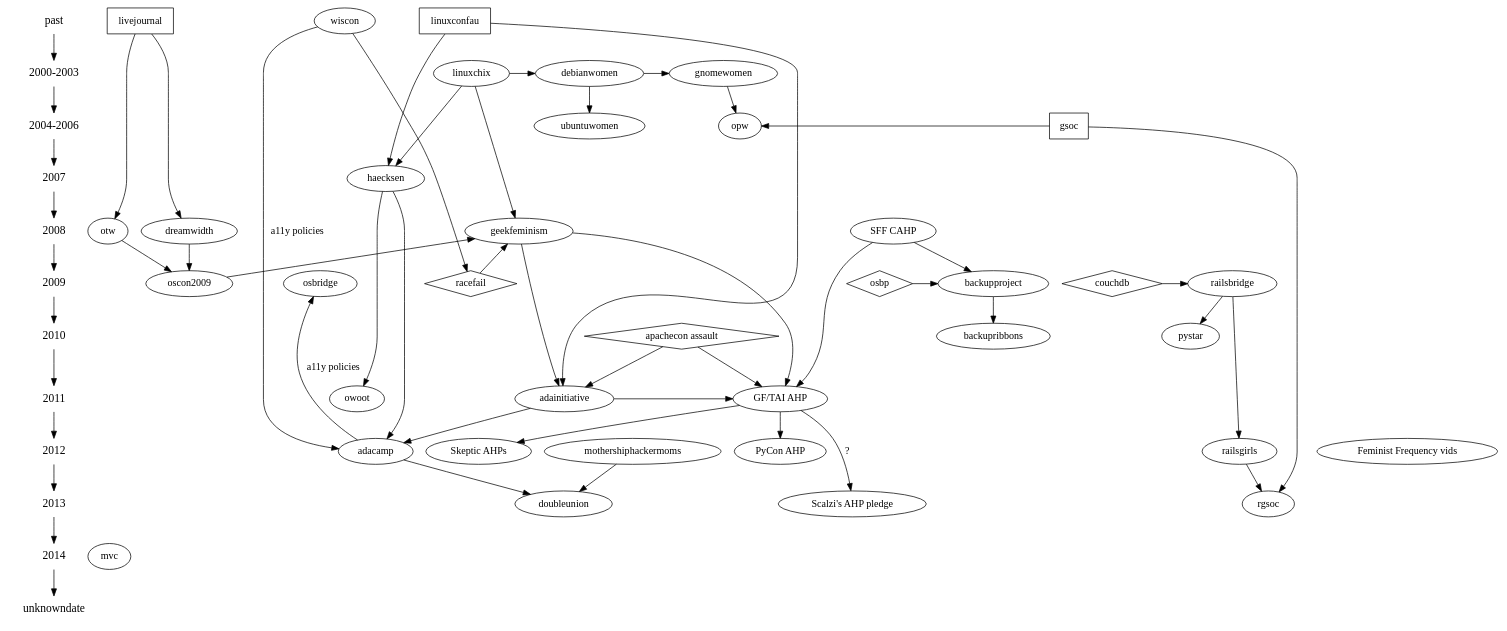
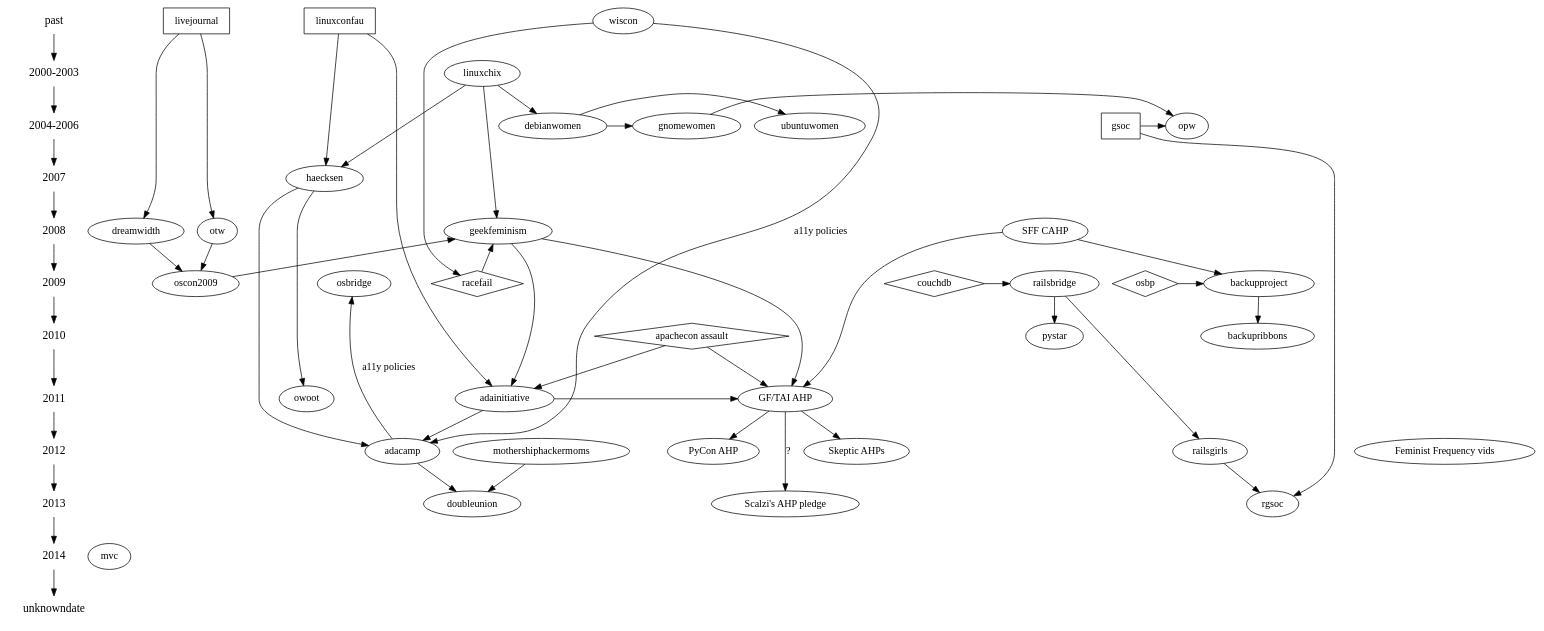
The diagram in gfft.dot (brainwane/gf-family-tree), drawn with Graphviz before and after one commit. The commit also changed 1 other file, not shown here.

```diff
--- a/gfft.dot
+++ b/gfft.dot
@@ -1,140 +1,140 @@
 digraph G {
 
   /*
      The following shapes are used for different types of things:
      oval = geek feminist/women-in-tech/etc organisation
      rectangle = orgs that aren't particularly feminist, but are influential
      diamond = event/incident (cf. GF wiki "Timeline of Incidents")
   */
 
   /*
      And this section lays out the history in terms of years.
   */
 
   {
     node [shape=plaintext, fontsize=16];
     past -> "2000-2003" -> "2004-2006" -> 2007 -> 2008 -> 2009 -> 2010 -> 2011 -> 2012 -> 2013 -> 2014 -> unknowndate;
   }
   { rank = same; past; livejournal; wiscon; linuxconfau}
-  { rank = same; "2000-2003"; linuxchix; gnomewomen; debianwomen; } /* roughly? */
-  { rank = same; "2004-2006"; gsoc; opw; ubuntuwomen;}
+  { rank = same; "2000-2003"; linuxchix; } /* roughly? */
+  { rank = same; "2004-2006"; gsoc; opw; ubuntuwomen; gnomewomen; debianwomen;}
   { rank = same; 2007; haecksen; }
   { rank = same; 2008; "SFF CAHP"; geekfeminism; dreamwidth; otw; }
   { rank = same; 2009; oscon2009; racefail; couchdb; railsbridge; osbp; backupproject; osbridge; }
   { rank = same; 2010; "apachecon assault"; backupribbons;}
   { rank = same; 2011; adainitiative; "GF/TAI AHP"; owoot }
   { rank = same; 2012; adacamp; railsgirls; "Skeptic AHPs"; "PyCon AHP"; "Feminist Frequency vids";}
   { rank = same; 2013; doubleunion; rgsoc; "Scalzi's AHP pledge"; }
   { rank = same; 2014; mvc }
   { rank = same; unknowndate; }
 
   /* Skud set up the GF wiki in 2008, mostly inspired by earlier "women
    * in open source" communities such as linuxchix */
   linuxchix -> geekfeminism;
 
   /* in 2009, Racefail introduced Skud and other GF wiki contributors to
    * a lot of new ideas */
   racefail -> geekfeminism;
   racefail [shape=diamond];
 
   /* in 2010, the Noirin Plunkett's assault at ApacheCon triggered
    * discussions about anti-harassment that would lead to the formation
    * of the Ada Initiative */
   "apachecon assault" -> adainitiative;
   "apachecon assault" [shape=diamond];
 
   /* GF (esp. volunteer burnout) was an influence on TAI */
   geekfeminism -> adainitiative;
 
   /* The first TAI discussions were held at LCA */
   linuxconfau -> adainitiative;
   linuxconfau [shape=rectangle];
 
   /* TAI wrote the first conf anti-harassment poilcy in response to the
    * apachecon assault */
   "apachecon assault" -> "GF/TAI AHP"
   "geekfeminism" -> "GF/TAI AHP"
   "adainitiative" -> "GF/TAI AHP"
 
   /* The Con Anti-Harassment Policy (out of SFF fandom) also inspired it */
   "SFF CAHP" -> "GF/TAI AHP"
 
   /* Vaguely related: Open Source Boob Project and Backup Project */
   osbp -> backupproject
   osbp [shape=diamond]
   "SFF CAHP" -> backupproject
   backupproject -> backupribbons;
 
   /* The GF/TAI AHP inspired the PyCon variant */
   "GF/TAI AHP" -> "PyCon AHP";
 
   /* The GF/TAI AHP inspired the skeptic variants */
   "GF/TAI AHP" -> "Skeptic AHPs"
 
   /* Causation here is less clear. */
   "GF/TAI AHP" -> "Scalzi's AHP pledge" [label="?"];
 
   adainitiative -> adacamp;
 
   /* Adacamp was inspired in some ways by Wiscon, eg. accessibility */
   wiscon -> adacamp [label="a11y policies"];
   /* and then open source bridge picked up some of that from adacamp */
   adacamp -> osbridge [label="a11y policies"];
 
   /* DoubleUnion came out of AdaCamp SF in 2013 */
   adacamp -> doubleunion;
   /* pretty sure mothership hackermoms was also an inspiration? */
   mothershiphackermoms -> doubleunion;
 
   /* Various early women-in-open-source mailing lists etc */
   linuxchix -> debianwomen;
   debianwomen -> ubuntuwomen;
   /* Direct ancestry, because Hanna Wallach did debianwomen first and
    * then GNOME Women, and was never a big participant in LinuxChix*/
   debianwomen -> gnomewomen;
   haecksen -> owoot;
 
   /* Gnome Outreach Program for Women, now FOSS OPW */
   gnomewomen -> opw;
   /* "The Outreach Program for Women (OPW) was inspired by Google's
    * Summer of Code and by how few women applied for it."
    * via gnome.org/opw (why can't I include double slashes in a comment?)
    */
   gsoc -> opw;
   gsoc [shape=rectangle]
 
   /* LinuxChix inspired the Haecksen miniconf at LCA */
   linuxchix -> haecksen;
   linuxconfau -> haecksen;
 
   /* Both creations of Mary Gardiner's, one of the inputs to AdaCamp is
      what wasn't possible with Haecksen */
   haecksen -> adacamp;
 
   /* RailsBridge happened in response to the CouchDB incident at
    * GoGaRuCo */
   couchdb -> railsbridge;
   couchdb [shape=diamond];
   railsbridge -> pystar;
   railsbridge -> railsgirls;
 
   /* There's now a rails girls summer of code */
 
   railsgirls -> rgsoc;
   gsoc -> rgsoc;
 
   wiscon -> racefail;
 
   /* Livejournal (esp. their fail) inspired DW and OTW */
   livejournal -> dreamwidth;
   livejournal -> otw;
   livejournal [shape=rectangle]
 
   /* Dreamwidth and OTW inspired Skud's 2009 OSCON keynote */
   dreamwidth -> oscon2009;
   otw -> oscon2009;
 
   /* GF blog came out of the oscon2009 keynote, as a place to have
    * ongoing conversations */
   oscon2009 -> geekfeminism;
 }
```
